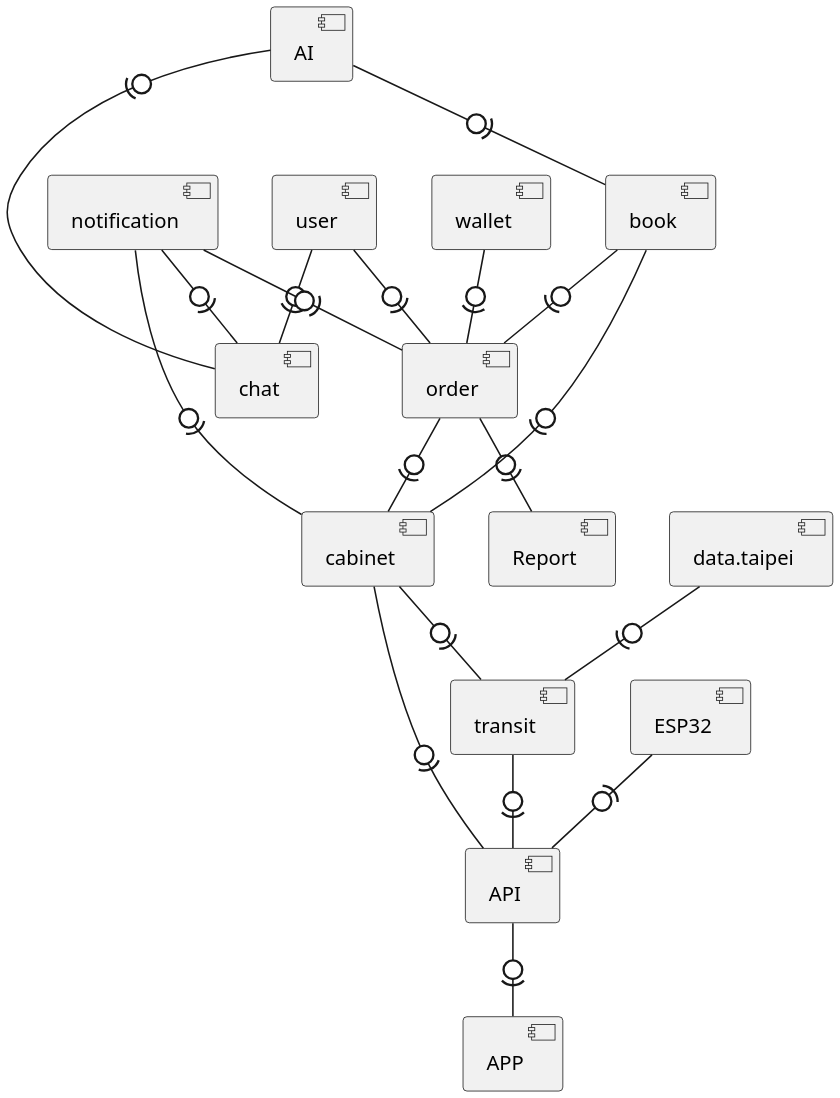
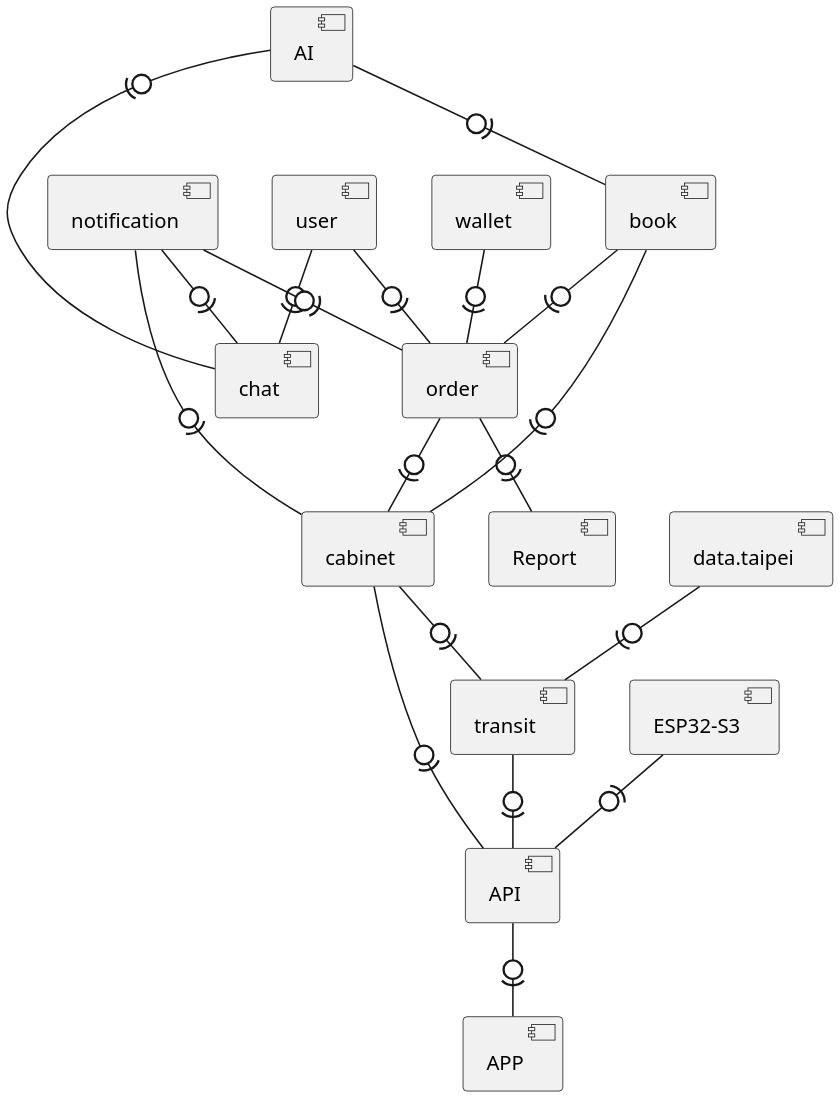
The diagram in documents/系統手冊/產生工具/cabdiag/arch/component.puml (SaveMyBook/SaveMyBook), drawn with PlantUML before and after one commit. The commit also changed 29 other files, not shown here.

```diff
--- a/documents/系統手冊/產生工具/cabdiag/arch/component.puml
+++ b/documents/系統手冊/產生工具/cabdiag/arch/component.puml
@@ -1,42 +1,42 @@
 @startuml
 skinparam monochrome true
 skinparam shadowing false
 skinparam dpi 220
 skinparam defaultFontName "PingFang TC"
 skinparam defaultFontSize 13
 skinparam componentStyle uml2
 
 component book
 component order
 component wallet
 component Report
 component user
 component chat
 component notification
 component AI
 component cabinet
 component transit
 component "data.taipei" as opendata
-component ESP32
+component "ESP32-S3" as ESP32
 component API
 component APP
 
 book -0)- order
 order -0)- Report
 wallet -0)- order
 user -0)- order
 user -0)- chat
 notification -0)- chat
 notification -0)- order
 AI -0)- book
 AI -0)- chat
 order -0)- cabinet
 book -0)- cabinet
 notification -0)- cabinet
 cabinet -0)- API
 cabinet -0)- transit
 opendata -0)- transit
 transit -0)- API
 ESP32 -(0- API
 API -0)- APP
 @enduml
```
